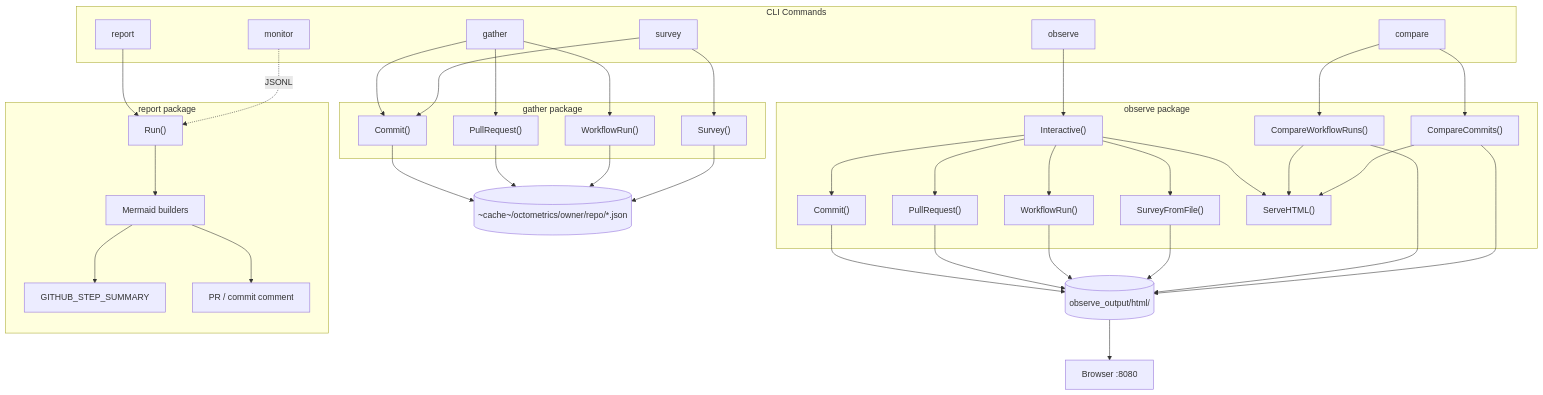
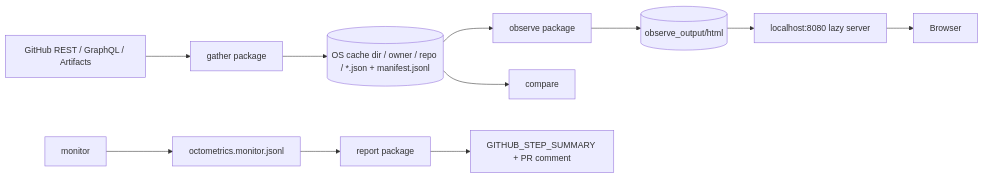
One commit to kalverra/octometrics changed the first of 4 diagrams in design.md. Above: the diagram before and after it, drawn with Mermaid. The commit also changed other lines of this file and 3 other files, not shown here.

First line of the commit message:
docs: update design document and gather package

````diff
--- a/design.md
+++ b/design.md
@@ -7,74 +16,13 @@
 ```mermaid
-flowchart TD
-    subgraph commands [CLI Commands]
-        Gather[gather]
-        Survey[survey]
-        Observe[observe]
-        Compare[compare]
-        Monitor[monitor]
-        Report[report]
-    end
-
-    subgraph gatherPkg [gather package]
-        GatherCommit["Commit()"]
-        GatherPR["PullRequest()"]
-        GatherWF["WorkflowRun()"]
-        GatherSurvey["Survey()"]
-    end
-
-    subgraph observePkg [observe package]
-        ObsCommit["Commit()"]
-        ObsPR["PullRequest()"]
-        ObsWF["WorkflowRun()"]
-        ObsSurvey["SurveyFromFile()"]
-        ObsCompareWF["CompareWorkflowRuns()"]
-        ObsCompareCmt["CompareCommits()"]
-        Interactive["Interactive()"]
-        ServeHTML["ServeHTML()"]
-    end
-
-    Gather --> GatherCommit
-    Gather --> GatherPR
-    Gather --> GatherWF
-    Survey --> GatherSurvey
-    Survey --> GatherCommit
-
-    Observe --> Interactive
-    Interactive --> ObsCommit
-    Interactive --> ObsPR
-    Interactive --> ObsWF
-    Interactive --> ObsSurvey
-    Interactive --> ServeHTML
-
-    Compare --> ObsCompareWF
-    Compare --> ObsCompareCmt
-    ObsCompareWF --> ServeHTML
-    ObsCompareCmt --> ServeHTML
-
-    GatherCommit --> JSON[("~cache~/octometrics/owner/repo/*.json")]
-    GatherPR --> JSON
-    GatherWF --> JSON
-    GatherSurvey --> JSON
-
-    ObsCommit --> HTML[(observe_output/html/)]
-    ObsPR --> HTML
-    ObsWF --> HTML
-    ObsSurvey --> HTML
-    ObsCompareWF --> HTML
-    ObsCompareCmt --> HTML
-
-    HTML --> Browser[Browser :8080]
-
-    subgraph reportPkg [report package]
-        ReportRun["Run()"]
-        MermaidBuild["Mermaid builders"]
-        StepSummary["GITHUB_STEP_SUMMARY"]
-        PRComment["PR / commit comment"]
-    end
-
-    Report --> ReportRun
-    ReportRun --> MermaidBuild
-    MermaidBuild --> StepSummary
-    MermaidBuild --> PRComment
-    Monitor -.->|JSONL| ReportRun
+flowchart LR
+    GitHub[GitHub REST / GraphQL / Artifacts] --> gather[gather package]
+    gather --> Cache[(OS cache dir / owner / repo / *.json + manifest.jsonl)]
+    Cache --> observe[observe package]
+    Cache --> compare[compare]
+    observe --> HTML[(observe_output/html)]
+    HTML --> Server[localhost:8080 lazy server]
+    Server --> Browser[Browser]
+    monitor --> JSONL[octometrics.monitor.jsonl]
+    JSONL --> report[report package]
+    report --> Summary[GITHUB_STEP_SUMMARY + PR comment]
 ```
````
